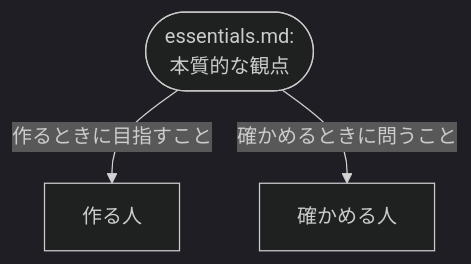
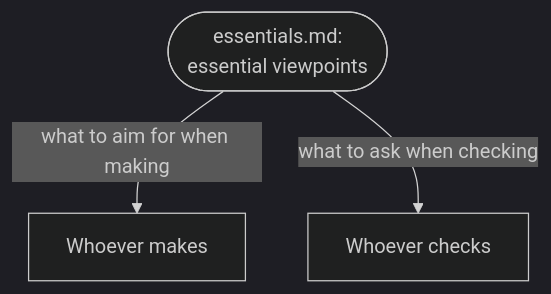
Before and after one commit to lovaizu/ccpm: the third of 5 diagrams in rn/docs/design.md, drawn with Mermaid (dark theme). The commit also changed other lines of this file and 2 other files, not shown here.

````diff
--- a/rn/docs/design.md
+++ b/rn/docs/design.md
@@ -81,8 +111,8 @@
 ```mermaid
 flowchart TD
-    E(["essentials.md:<br/>本質的な観点"])
-    M["作る人"]
-    V["確かめる人"]
-    E -->|"作るときに目指すこと"| M
-    E -->|"確かめるときに問うこと"| V
+    E(["essentials.md:<br/>essential viewpoints"])
+    M["Whoever makes"]
+    V["Whoever checks"]
+    E -->|"what to aim for when making"| M
+    E -->|"what to ask when checking"| V
 ```
````
